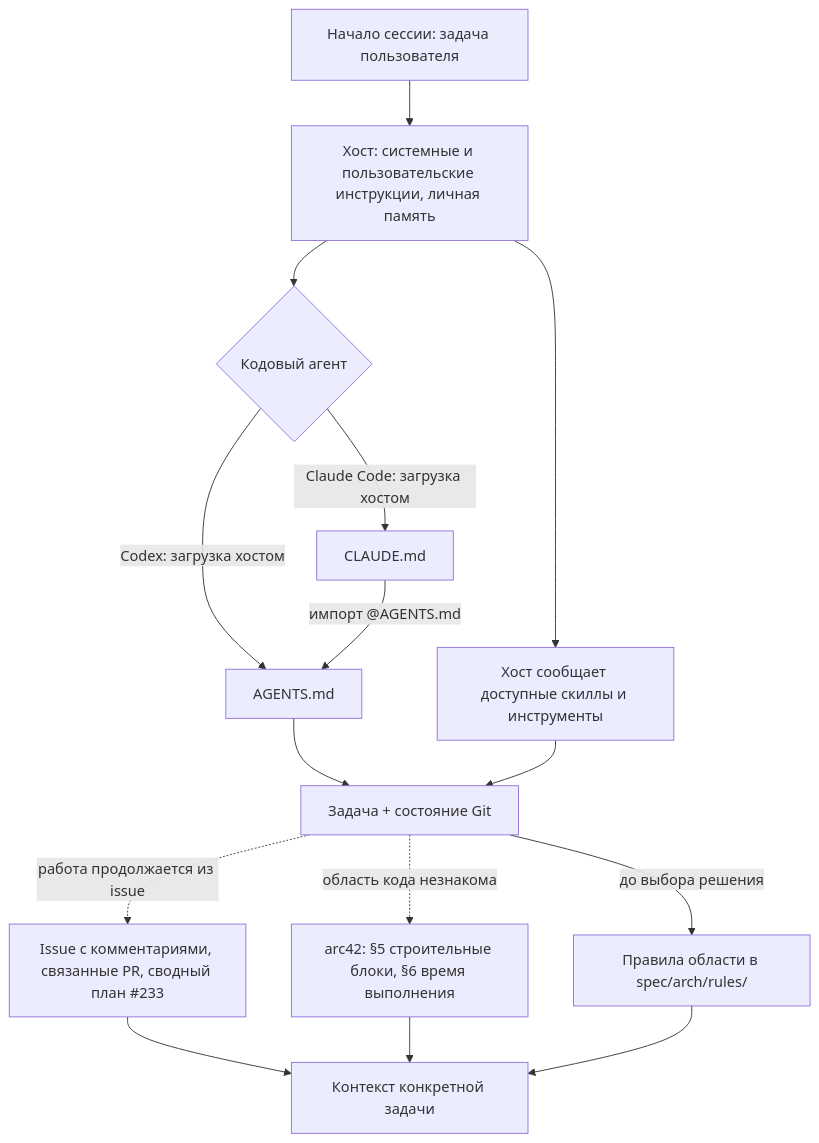
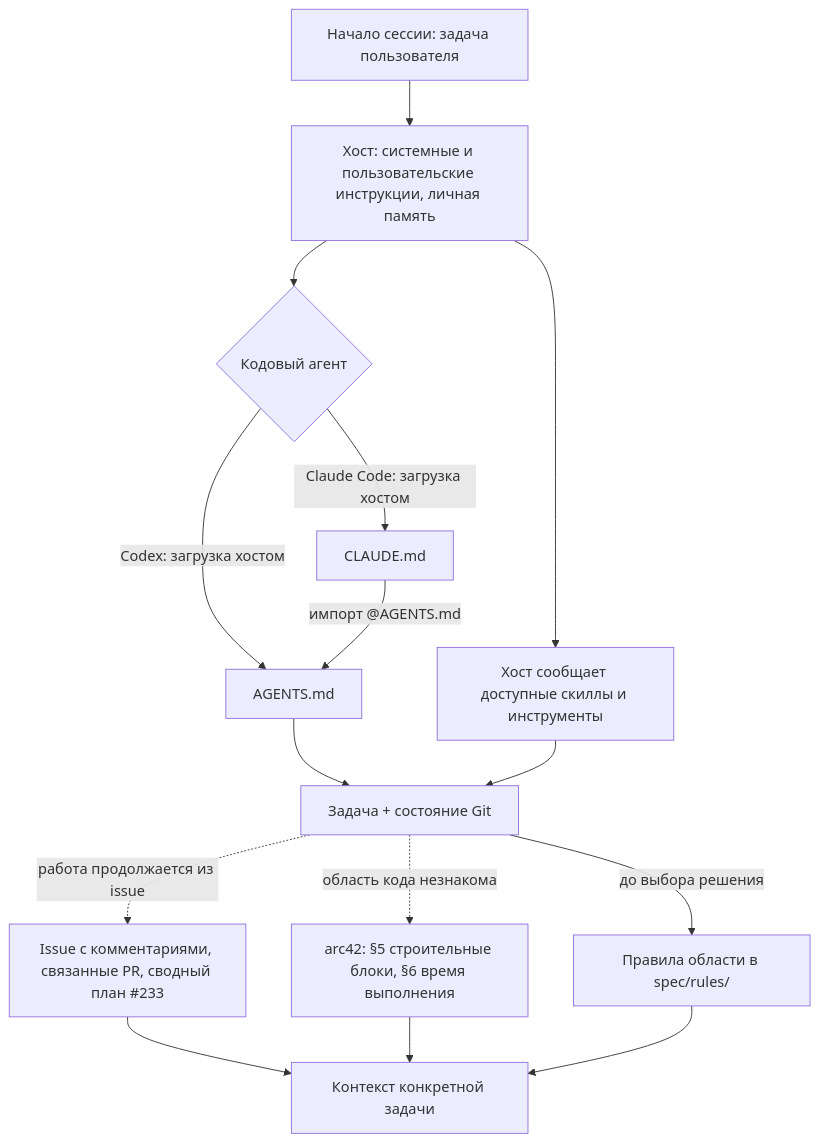
Before and after one commit to IngvarConsulting/v8-runner-rust: the first of 2 diagrams in AI_DEV.md, drawn with Mermaid. The commit also changed other lines of this file and 177 other files, not shown here.

First line of the commit message:
spec(layout): правила — в spec/rules/, arc42 — в spec/arc42/ (#289)

````diff
--- a/AI_DEV.md
+++ b/AI_DEV.md
@@ -18,17 +18,17 @@
 ```mermaid
 flowchart TD
     S["Начало сессии: задача пользователя"] --> H["Хост: системные и пользовательские инструкции, личная память"]
     H --> C{"Кодовый агент"}
     C -->|"Codex: загрузка хостом"| A["AGENTS.md"]
     C -->|"Claude Code: загрузка хостом"| CL["CLAUDE.md"]
     CL -->|"импорт @AGENTS.md"| A
     H --> M["Хост сообщает доступные скиллы и инструменты"]
     A --> Q["Задача + состояние Git"]
     M --> Q
     Q -.->|"работа продолжается из issue"| I["Issue с комментариями, связанные PR, сводный план #233"]
     Q -.->|"область кода незнакома"| ARC["arc42: §5 строительные блоки, §6 время выполнения"]
-    Q -->|"до выбора решения"| R["Правила области в spec/arch/rules/"]
+    Q -->|"до выбора решения"| R["Правила области в spec/rules/"]
     I --> WORK["Контекст конкретной задачи"]
     ARC --> WORK
     R --> WORK
 ```
````
